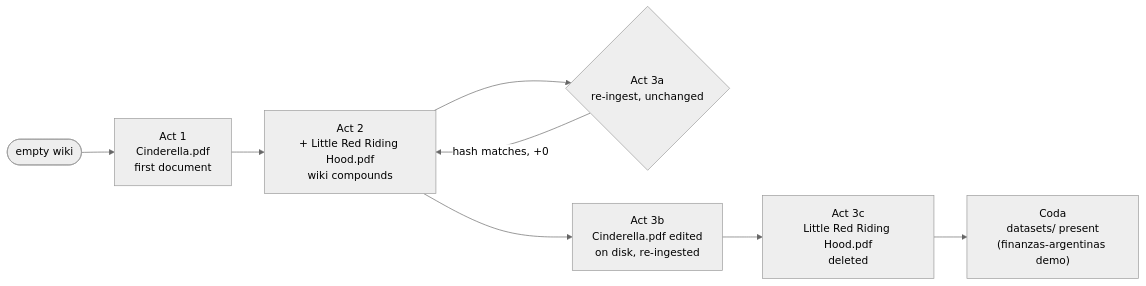
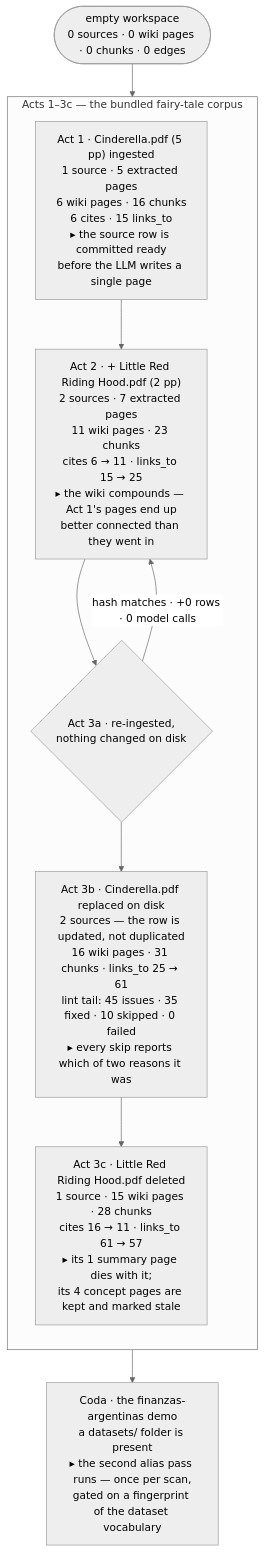
One commit to Clod/llmwiki-marimo changed the first of 2 diagrams in docs/ingestion_walkthrough.md. Above: the diagram before and after it, drawn with Mermaid (neutral theme). The commit also changed other lines of this file, not shown here.

Commit message:
docs: make the act diagram vertical, and let it carry the story
The section is called 'top to bottom' and the flowchart ran left to
right. Turning it TD fixes that, and the extra vertical room pays for
what the diagram was missing: each act now states the workspace as it
stands when the act ends — sources, extracted pages, wiki pages, chunks,
both edge counts — and the one thing that act exists to demonstrate.

Figures are read off the generated appendix, so the diagram is a summary
of the captured run rather than a second, hand-maintained account of it.
Acts 1-3c are grouped in a subgraph because the corpus switch at the coda
is a real boundary, and the backwards edge of Act 3a now gets a sentence
saying why it points back: a no-op re-ingest returns the workspace to the
state it was already in.

Claude-Session: https://claude.ai/code/session_019EP24zcrthoByMAkT8AVUm

````diff
--- a/docs/ingestion_walkthrough.md
+++ b/docs/ingestion_walkthrough.md
@@ -265,10 +269,19 @@
 ```mermaid
-flowchart LR
-    E(["empty wiki"]) --> A1["Act 1<br/>Cinderella.pdf<br/>first document"]
-    A1 --> A2["Act 2<br/>+ Little Red Riding Hood.pdf<br/>wiki compounds"]
-    A2 --> A3a{"Act 3a<br/>re-ingest, unchanged"}
-    A3a -->|hash matches, +0| A2
-    A2 --> A3b["Act 3b<br/>Cinderella.pdf edited<br/>on disk, re-ingested"]
-    A3b --> A3c["Act 3c<br/>Little Red Riding Hood.pdf<br/>deleted"]
-    A3c --> COD["Coda<br/>datasets/ present<br/>(finanzas-argentinas demo)"]
+flowchart TD
+    E(["empty workspace<br/>0 sources · 0 wiki pages · 0 chunks · 0 edges"])
+
+    subgraph FT ["Acts 1–3c — the bundled fairy-tale corpus"]
+        direction TB
+        A1["Act 1 · Cinderella.pdf (5 pp) ingested<br/>1 source · 5 extracted pages<br/>6 wiki pages · 16 chunks<br/>6 cites · 15 links_to<br/>▸ the source row is committed ready<br/>before the LLM writes a single page"]
+        A2["Act 2 · + Little Red Riding Hood.pdf (2 pp)<br/>2 sources · 7 extracted pages<br/>11 wiki pages · 23 chunks<br/>cites 6 → 11 · links_to 15 → 25<br/>▸ the wiki compounds — Act 1's pages end up<br/>better connected than they went in"]
+        A3a{"Act 3a · re-ingested,<br/>nothing changed on disk"}
+        A3b["Act 3b · Cinderella.pdf replaced on disk<br/>2 sources — the row is updated, not duplicated<br/>16 wiki pages · 31 chunks · links_to 25 → 61<br/>lint tail: 45 issues · 35 fixed · 10 skipped · 0 failed<br/>▸ every skip reports which of two reasons it was"]
+        A3c["Act 3c · Little Red Riding Hood.pdf deleted<br/>1 source · 15 wiki pages · 28 chunks<br/>cites 16 → 11 · links_to 61 → 57<br/>▸ its 1 summary page dies with it;<br/>its 4 concept pages are kept and marked stale"]
+    end
+
+    COD["Coda · the finanzas-argentinas demo<br/>a datasets/ folder is present<br/>▸ the second alias pass runs — once per scan,<br/>gated on a fingerprint of the dataset vocabulary"]
+
+    E --> A1 --> A2 --> A3a
+    A3a -->|"hash matches · +0 rows · 0 model calls"| A2
+    A3a --> A3b --> A3c --> COD
 ```
````
